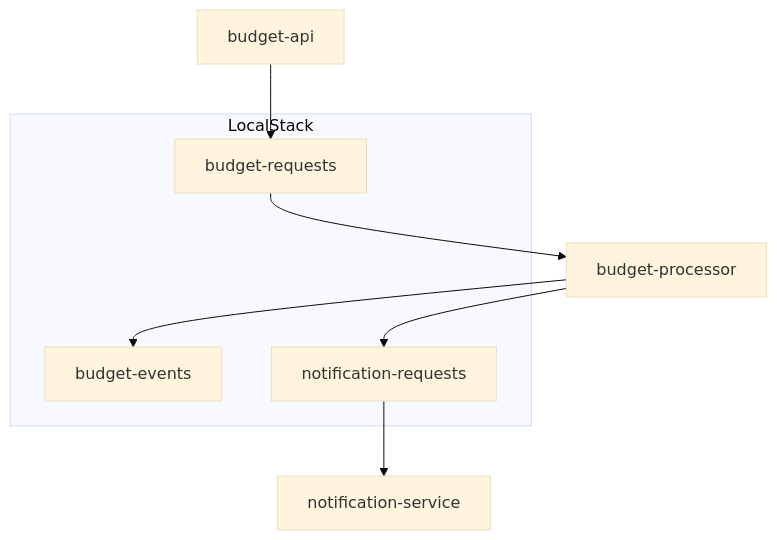
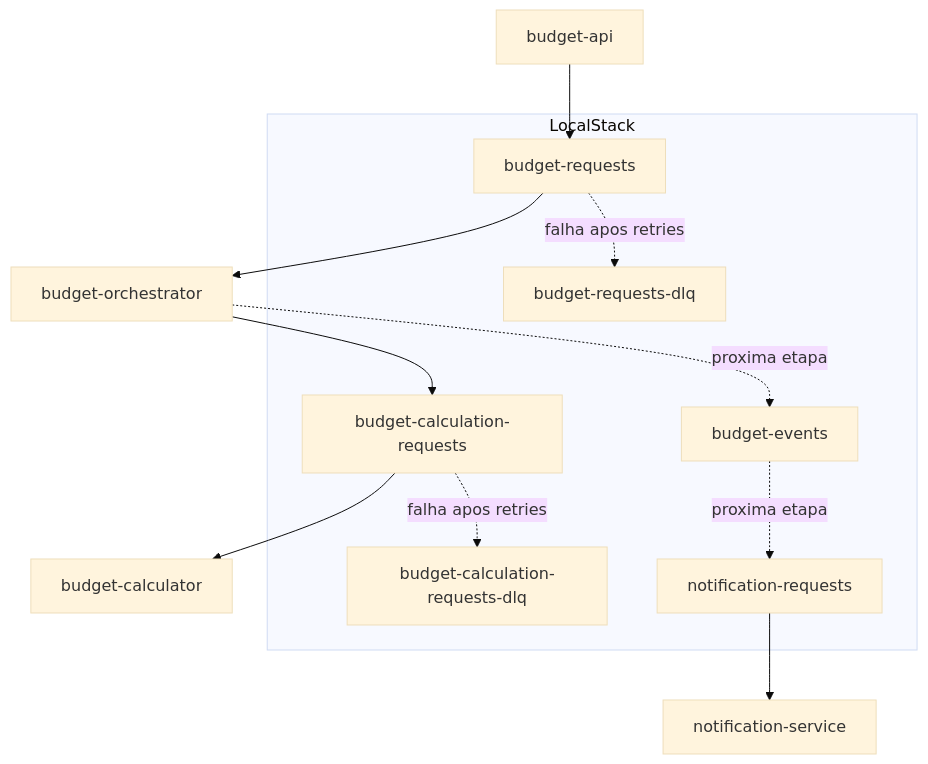
The third of 4 diagrams in README.md (RicardoRAlves/Orcamento_Microservice), drawn with Mermaid (base theme) before and after one commit. The commit also changed other lines of this file and 20 other files, not shown here.

Commit message:
Add budget orchestrator and calculator queue

````diff
--- a/README.md
+++ b/README.md
@@ -152,14 +189,21 @@
 ```mermaid
 flowchart TB
     subgraph LocalStack
         BR[budget-requests]
+        BRDLQ[budget-requests-dlq]
+        CR[budget-calculation-requests]
+        CRDLQ[budget-calculation-requests-dlq]
         BE[budget-events]
         NR[notification-requests]
     end
 
     API[budget-api] --> BR
-    BR --> Processor[budget-processor]
-    Processor --> BE
-    Processor --> NR
+    BR --> Orchestrator[budget-orchestrator]
+    BR -. falha apos retries .-> BRDLQ
+    Orchestrator --> CR
+    CR --> Calculator[budget-calculator]
+    CR -. falha apos retries .-> CRDLQ
+    Orchestrator -. proxima etapa .-> BE
+    BE -. proxima etapa .-> NR
     NR --> Notifications[notification-service]
 ```
````
